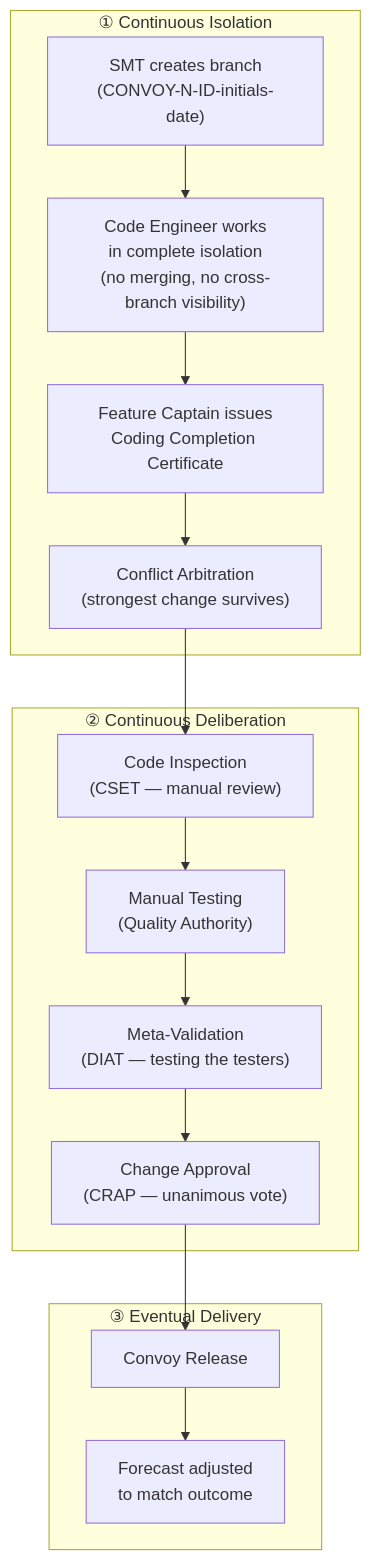
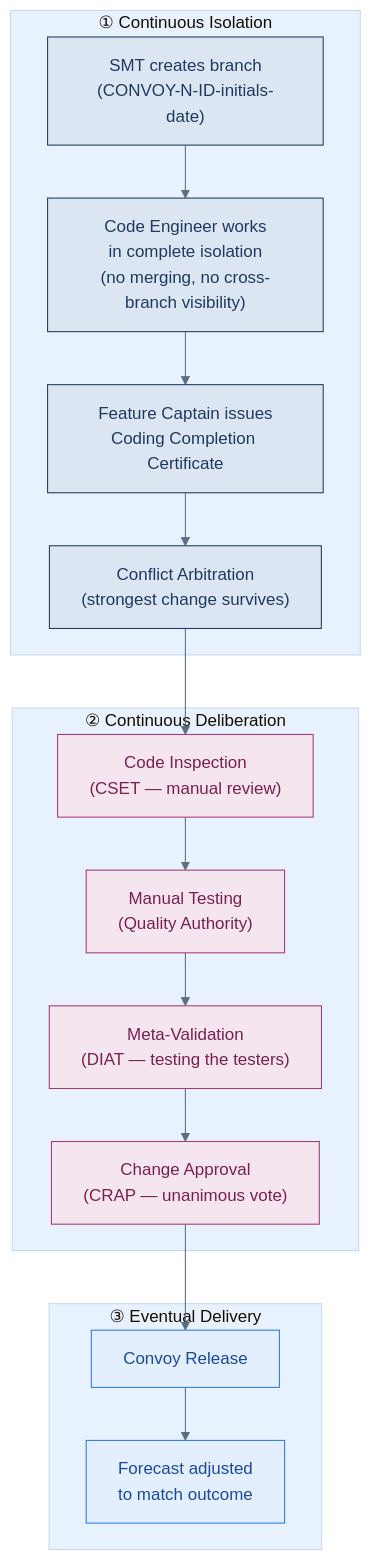
Before and after one commit to ScaledAgileDevOps/SADMF: the diagram in content/practices/ci-cd-ed.md, drawn with Mermaid. The commit also changed other lines of this file and 8 other files, not shown here.

````diff
--- a/content/practices/ci-cd-ed.md
+++ b/content/practices/ci-cd-ed.md
@@ -11,25 +13,34 @@
 ```mermaid
+%%{init: {'theme': 'base', 'themeVariables': {'primaryColor': '#e8edf5', 'primaryTextColor': '#1e3a5f', 'primaryBorderColor': '#9ab4cc', 'lineColor': '#5a6d82', 'secondaryColor': '#f9edf5', 'tertiaryColor': '#e8f2fe', 'background': '#ffffff', 'fontFamily': 'DM Sans, sans-serif'}}}%%
 flowchart TD
+    classDef ciNode fill:#dce6f2,stroke:#1e3a5f,color:#1e3a5f
+    classDef cdNode fill:#f5e5ee,stroke:#a23b72,color:#7a2050
+    classDef edNode fill:#e3effe,stroke:#2c7be5,color:#1a4a99
+
     subgraph CI["① Continuous Isolation"]
-        A["SMT creates branch\n(CONVOY-N-ID-initials-date)"]
-        B["Code Engineer works\nin complete isolation\n(no merging, no cross-branch visibility)"]
-        C["Feature Captain issues\nCoding Completion Certificate"]
-        D["Conflict Arbitration\n(strongest change survives)"]
+        A["SMT creates branch<br/>(CONVOY-N-ID-initials-date)"]
+        B["Code Engineer works<br/>in complete isolation<br/>(no merging, no cross-branch visibility)"]
+        C["Feature Captain issues<br/>Coding Completion Certificate"]
+        D["Conflict Arbitration<br/>(strongest change survives)"]
     end
 
     subgraph CD["② Continuous Deliberation"]
-        E["Code Inspection\n(CSET — manual review)"]
-        F["Manual Testing\n(Quality Authority)"]
-        G["Meta-Validation\n(DIAT — testing the testers)"]
-        H["Change Approval\n(CRAP — unanimous vote)"]
+        E["Code Inspection<br/>(CSET — manual review)"]
+        F["Manual Testing<br/>(Quality Authority)"]
+        G["Meta-Validation<br/>(DIAT — testing the testers)"]
+        H["Change Approval<br/>(CRAP — unanimous vote)"]
     end
 
     subgraph ED["③ Eventual Delivery"]
         I["Convoy Release"]
-        J["Forecast adjusted\nto match outcome"]
+        J["Forecast adjusted<br/>to match outcome"]
     end
+
+    class A,B,C,D ciNode
+    class E,F,G,H cdNode
+    class I,J edNode
 
     A --> B --> C --> D
     D --> E --> F --> G --> H
     H --> I --> J
 ```
````
